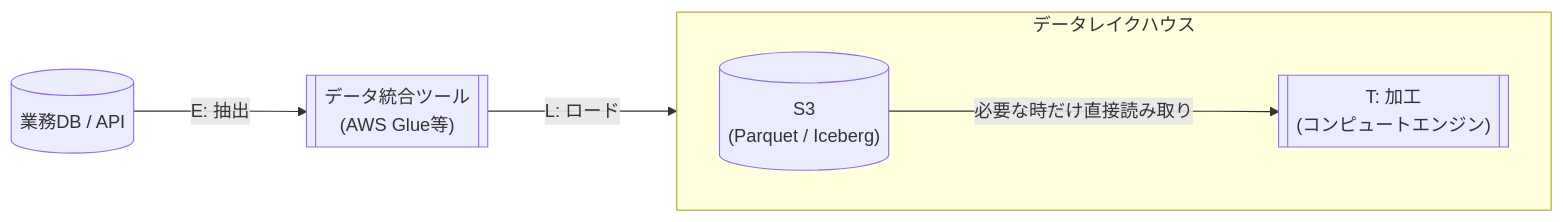
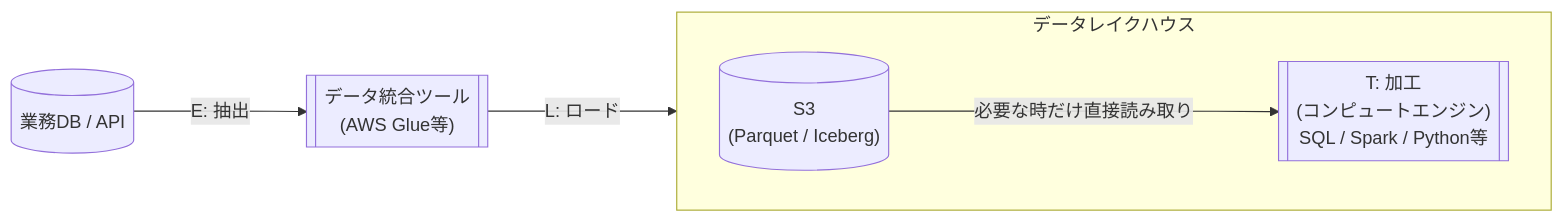
Before and after one commit to kkoch5t2/zenn-contents: the fourth of 4 diagrams in articles/41ad155b966681.md, drawn with Mermaid. The commit also changed other lines of this file, not shown here.

Commit message:
データレイクハウスの記事で構成図の中身を一部追記

````diff
--- a/articles/41ad155b966681.md
+++ b/articles/41ad155b966681.md
@@ -104,11 +104,11 @@
 ```mermaid
 flowchart LR
     DB[(業務DB / API)] --->|"E: 抽出<br>　"| Ingest[["データ統合ツール<br>(AWS Glue等)"]]
     Ingest --->|"L: ロード<br>　"| S3
     
     subgraph データレイクハウス
         direction LR
         S3[("S3<br>(Parquet / Iceberg)")] --->|"必要な時だけ直接読み取り<br>　"| Engine
-        Engine[["T: 加工<br>(コンピュートエンジン)"]]
+        Engine[["T: 加工<br>(コンピュートエンジン)<br>SQL / Spark / Python等"]]
     end
 ```
````
